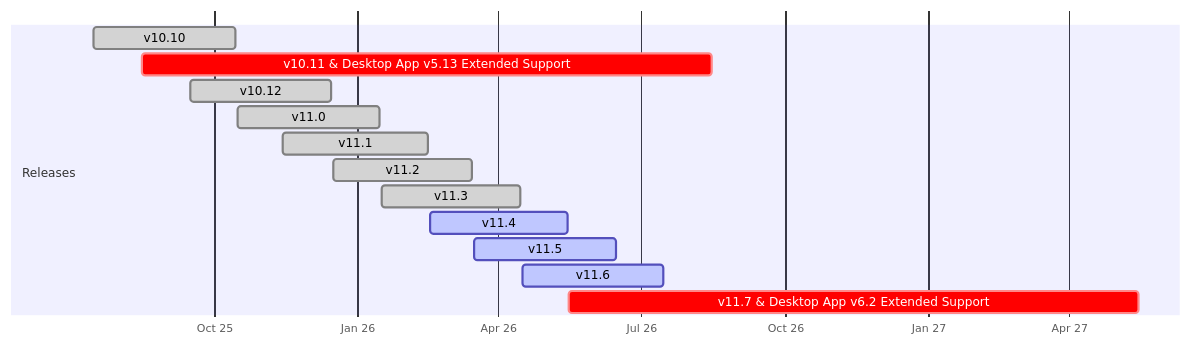
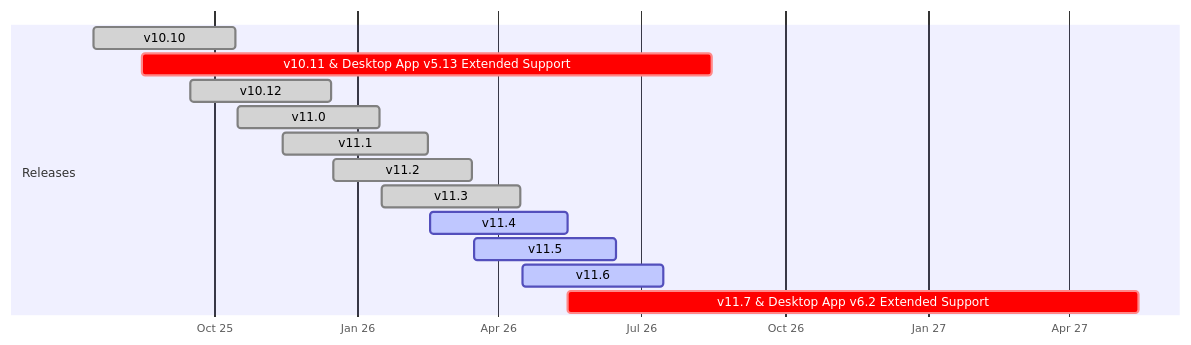
Before and after one commit to mattermost/docs: the diagram in source/product-overview/release-policy.md, drawn with Mermaid. The commit also changed other lines of this file, not shown here.

````diff
--- a/source/product-overview/release-policy.md
+++ b/source/product-overview/release-policy.md
@@ -45,19 +44,19 @@
 ```{mermaid}
 
 gantt
     dateFormat  YYYY-MM-DD
     axisFormat  %b %y
 
     section Releases
     v10.10                 :done, 2025-07-16, 2025-10-15
     v10.11 & Desktop App v5.13 Extended Support :crit,    2025-08-16, 2026-08-15
     v10.12                 :done, 2025-09-16, 2025-12-15
     v11.0                  :done, 2025-10-16, 2026-01-15
     v11.1                  :done, 2025-11-14, 2026-02-15
     v11.2                  :done, 2025-12-16, 2026-03-15
     v11.3                  :done, 2026-01-16, 2026-04-15
     v11.4                  :active, 2026-02-16, 2026-05-15
     v11.5                  :active, 2026-03-16, 2026-06-15
     v11.6                  :active, 2026-04-16, 2026-07-15
-    v11.7 & Desktop App v6.2 Extended Support :crit,    2026-05-16, 2027-05-15
+    v11.7 & Desktop App v6.2 Extended Support :crit,    2026-05-15, 2027-05-15
 ```
````
